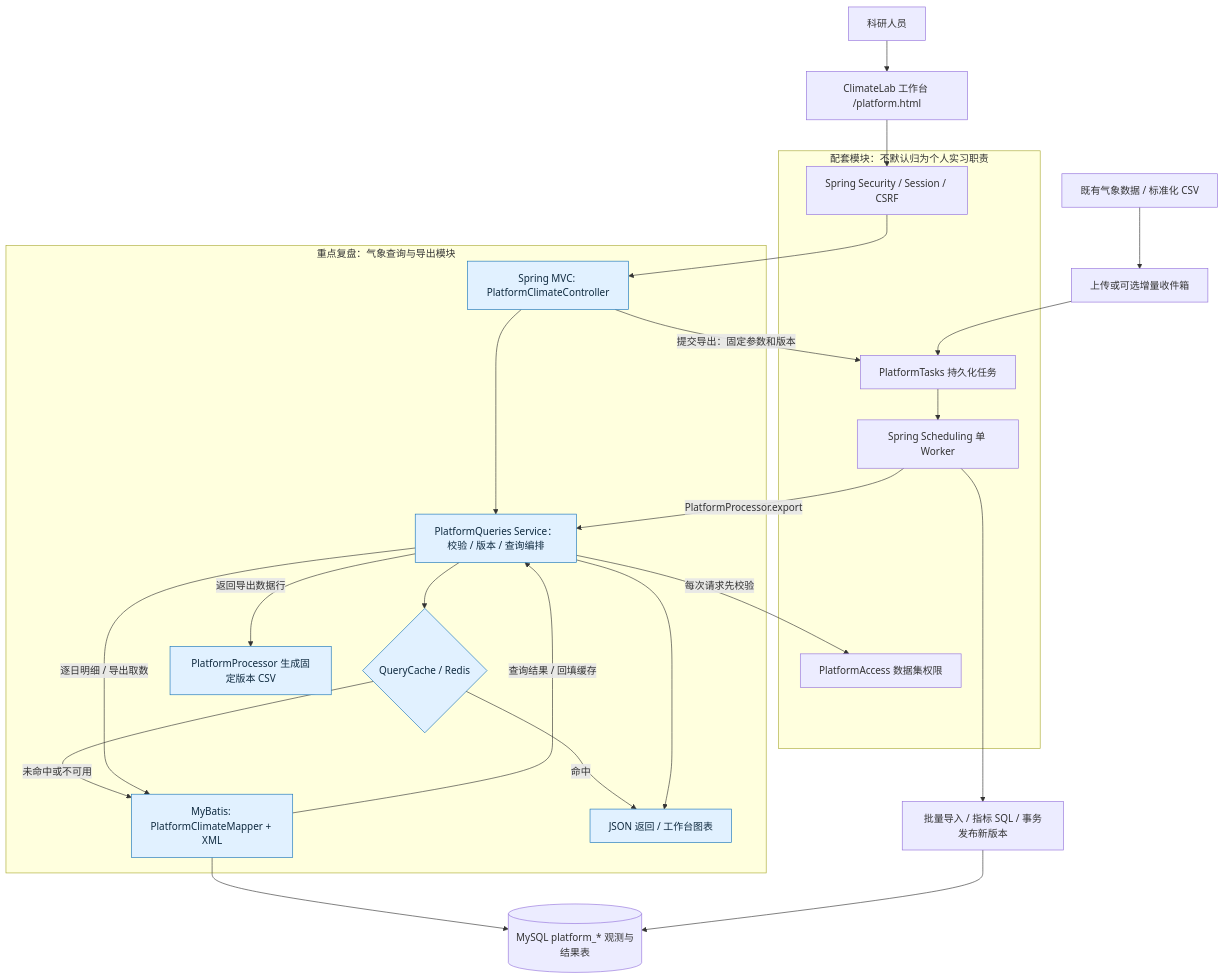
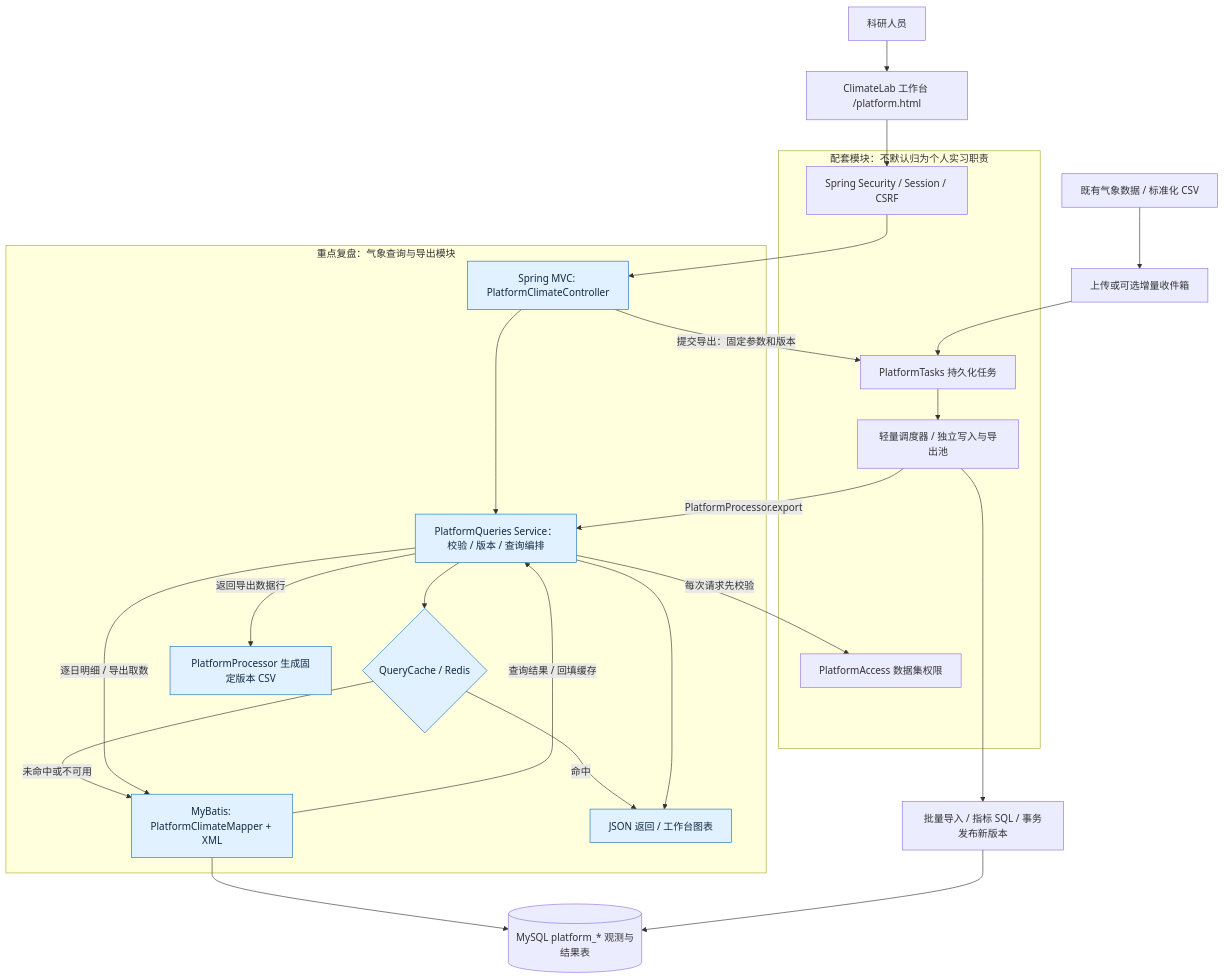
The diagram in docs/architecture.mmd (xzxzuo/ucas-climate-service), drawn with Mermaid before and after one commit. The commit also changed 20 other files, not shown here.

```diff
--- a/docs/architecture.mmd
+++ b/docs/architecture.mmd
@@ -1,36 +1,36 @@
 flowchart TB
   USER[科研人员] --> UI[ClimateLab 工作台 /platform.html]
   subgraph SUPPORT[配套模块：不默认归为个人实习职责]
     SECURITY[Spring Security / Session / CSRF]
     ACCESS[PlatformAccess 数据集权限]
     TASK[PlatformTasks 持久化任务]
-    WORKER[Spring Scheduling 单 Worker]
+    WORKER[轻量调度器 / 独立写入与导出池]
   end
   subgraph CORE[重点复盘：气象查询与导出模块]
     MVC[Spring MVC: PlatformClimateController]
     SERVICE[PlatformQueries Service：校验 / 版本 / 查询编排]
     CACHE{QueryCache / Redis}
     MAPPER[MyBatis: PlatformClimateMapper + XML]
     JSON[JSON 返回 / 工作台图表]
     CSV[PlatformProcessor 生成固定版本 CSV]
   end
   UI --> SECURITY --> MVC
   MVC --> SERVICE
   SERVICE -->|每次请求先校验| ACCESS
   SERVICE --> CACHE
   CACHE -->|命中| JSON
   CACHE -->|未命中或不可用| MAPPER
   SERVICE -->|逐日明细 / 导出取数| MAPPER
   MAPPER --> DB[(MySQL platform_* 观测与结果表)]
   MAPPER -->|查询结果 / 回填缓存| SERVICE
   SERVICE --> JSON
   MVC -->|提交导出：固定参数和版本| TASK
   TASK --> WORKER
   WORKER -->|PlatformProcessor.export| SERVICE
   SERVICE -->|返回导出数据行| CSV
   SOURCE[既有气象数据 / 标准化 CSV] --> IMPORT[上传或可选增量收件箱]
   IMPORT --> TASK
   WORKER --> COMPUTE[批量导入 / 指标 SQL / 事务发布新版本]
   COMPUTE --> DB
   classDef focus fill:#e1f1ff,stroke:#1673b8,color:#102b40
   class MVC,SERVICE,MAPPER,CACHE,JSON,CSV focus
```
